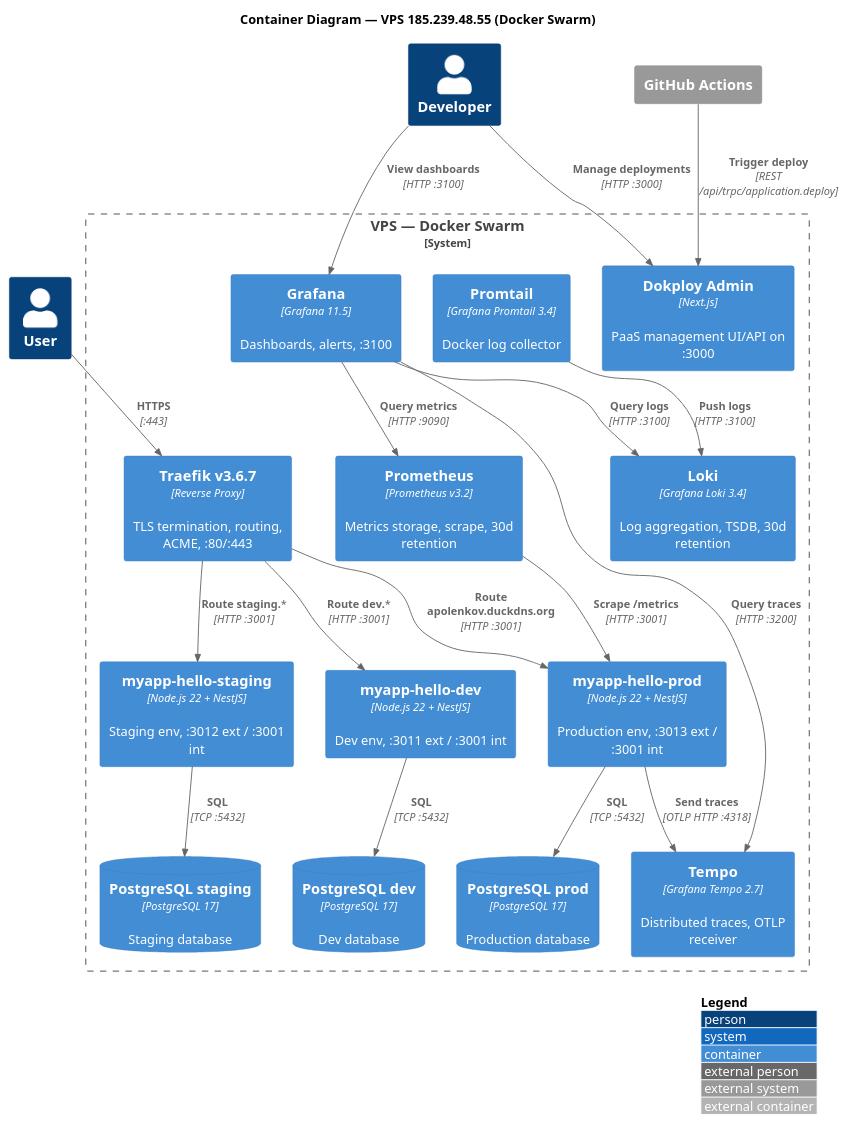
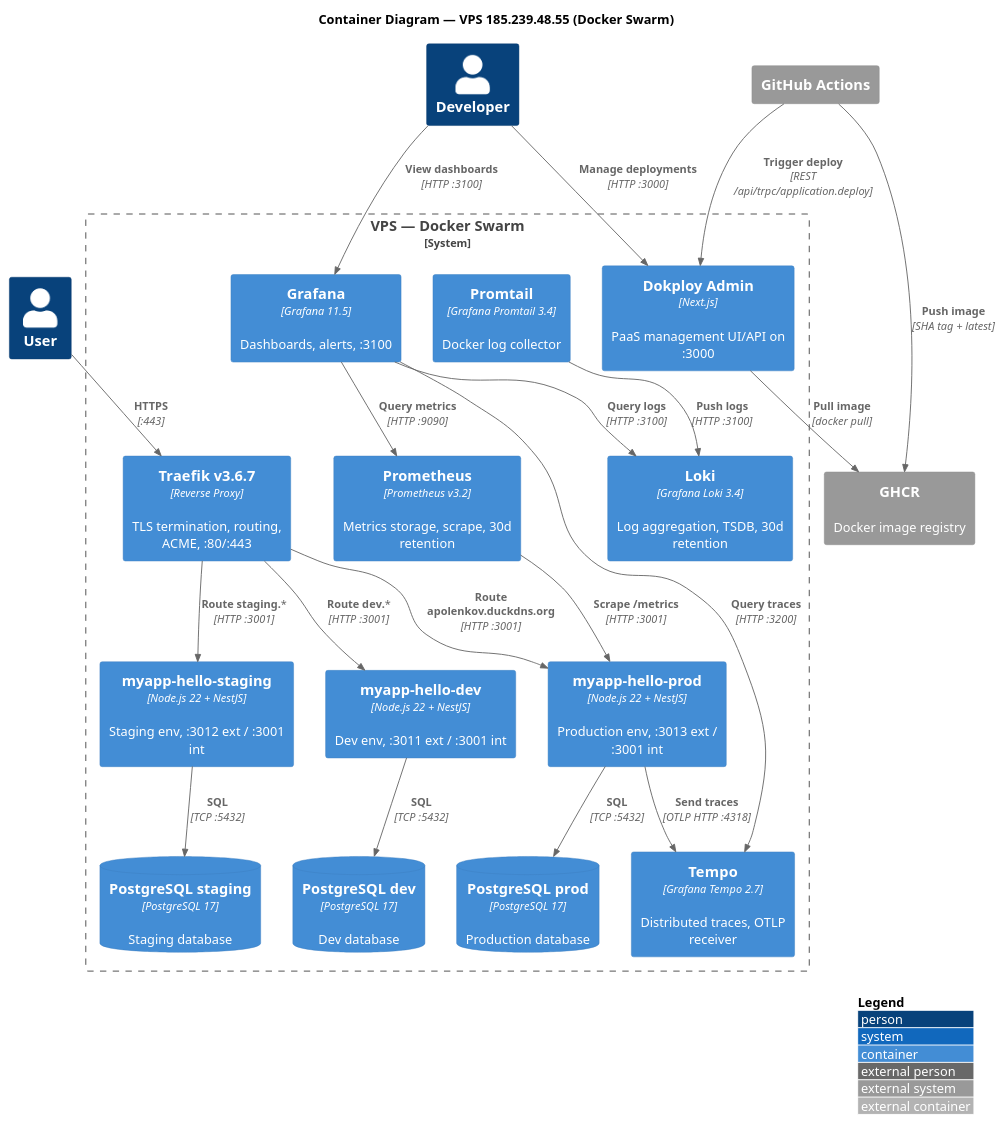
One commit to apolenkov/myapp-hello changed the second of 4 diagrams in docs/architecture.md. Above: the diagram before and after it, drawn with PlantUML. The commit also changed other lines of this file and 48 other files, not shown here.

````diff
--- a/docs/architecture.md
+++ b/docs/architecture.md
@@ -40,41 +43,44 @@
 ```plantuml
 @startuml
 !include https://raw.githubusercontent.com/plantuml-stdlib/C4-PlantUML/master/C4_Container.puml
 title Container Diagram — VPS 185.239.48.55 (Docker Swarm)
 Person(user, "User")
 Person(dev, "Developer")
 System_Boundary(vps, "VPS — Docker Swarm") {
     Container(traefik, "Traefik v3.6.7", "Reverse Proxy", "TLS termination, routing, ACME, :80/:443")
     Container(dokploy_admin, "Dokploy Admin", "Next.js", "PaaS management UI/API on :3000")
     Container(app_prod, "myapp-hello-prod", "Node.js 22 + NestJS", "Production env, :3013 ext / :3001 int")
     Container(app_staging, "myapp-hello-staging", "Node.js 22 + NestJS", "Staging env, :3012 ext / :3001 int")
     Container(app_dev, "myapp-hello-dev", "Node.js 22 + NestJS", "Dev env, :3011 ext / :3001 int")
     ContainerDb(pg_prod, "PostgreSQL prod", "PostgreSQL 17", "Production database")
     ContainerDb(pg_staging, "PostgreSQL staging", "PostgreSQL 17", "Staging database")
     ContainerDb(pg_dev, "PostgreSQL dev", "PostgreSQL 17", "Dev database")
     Container(grafana, "Grafana", "Grafana 11.5", "Dashboards, alerts, :3100")
     Container(prometheus, "Prometheus", "Prometheus v3.2", "Metrics storage, scrape, 30d retention")
     Container(loki, "Loki", "Grafana Loki 3.4", "Log aggregation, TSDB, 30d retention")
     Container(tempo, "Tempo", "Grafana Tempo 2.7", "Distributed traces, OTLP receiver")
     Container(promtail, "Promtail", "Grafana Promtail 3.4", "Docker log collector")
 }
 System_Ext(github, "GitHub Actions")
+System_Ext(ghcr, "GHCR", "Docker image registry")
 Rel(user, traefik, "HTTPS", ":443")
 Rel(dev, dokploy_admin, "Manage deployments", "HTTP :3000")
 Rel(dev, grafana, "View dashboards", "HTTP :3100")
+Rel(github, ghcr, "Push image", "SHA tag + latest")
 Rel(github, dokploy_admin, "Trigger deploy", "REST /api/trpc/application.deploy")
+Rel(dokploy_admin, ghcr, "Pull image", "docker pull")
 Rel(traefik, app_prod, "Route apolenkov.duckdns.org", "HTTP :3001")
 Rel(traefik, app_staging, "Route staging.*", "HTTP :3001")
 Rel(traefik, app_dev, "Route dev.*", "HTTP :3001")
 Rel(app_prod, pg_prod, "SQL", "TCP :5432")
 Rel(app_staging, pg_staging, "SQL", "TCP :5432")
 Rel(app_dev, pg_dev, "SQL", "TCP :5432")
 Rel(prometheus, app_prod, "Scrape /metrics", "HTTP :3001")
 Rel(promtail, loki, "Push logs", "HTTP :3100")
 Rel(app_prod, tempo, "Send traces", "OTLP HTTP :4318")
 Rel(grafana, prometheus, "Query metrics", "HTTP :9090")
 Rel(grafana, loki, "Query logs", "HTTP :3100")
 Rel(grafana, tempo, "Query traces", "HTTP :3200")
 LAYOUT_WITH_LEGEND()
 @enduml
 ```
````
